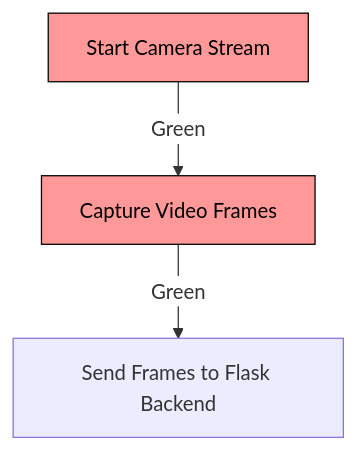
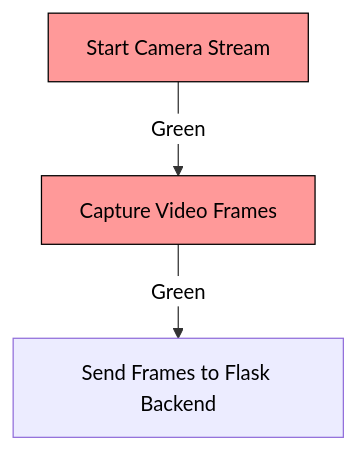
One commit to Tharun-selladurai/face_liveliness_web_platform changed the first of 6 diagrams in README.md. Above: the diagram before and after it, drawn with Mermaid. The commit also changed other lines of this file, not shown here.

````diff
--- a/README.md
+++ b/README.md
@@ -62,9 +62,9 @@
 ```mermaid
-%%{init: {'theme': 'default', 'themeVariables': {'edgeLabelBackground':'#ffffff', 'tertiaryColor':'#ffffff'}}}%%
+%%{init: { "theme": "default", "themeVariables": { "edgeLabelBackground": "#ffffff", "tertiaryColor": "#ffffff", "primaryColor": "#ff9999", "edgeColor": "#008000", "textColor": "#000000" }}}%%
 graph TD;
     A[Start Camera Stream] -->|Green| B[Capture Video Frames]
     B -->|Green| C[Send Frames to Flask Backend]
     
     classDef capture fill:#ff9999,stroke:#000000,color:#000000;
     class A,B capture;
 ```
````
